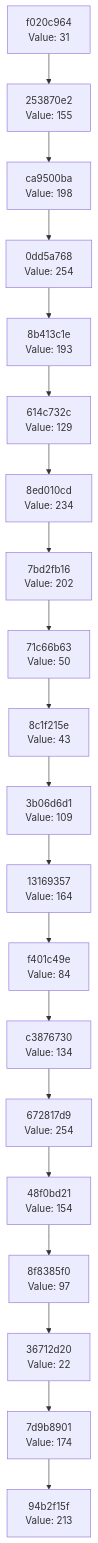
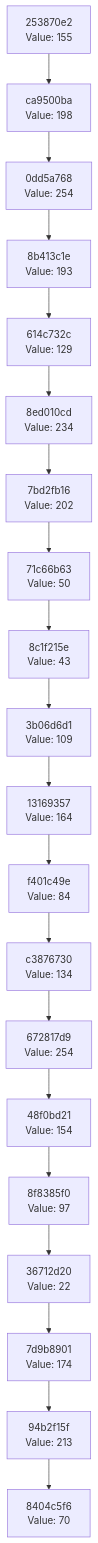
The diagram in docs/CHAIN_VISUALIZATION.md (Abhisheksinha1506/hash-chain-evolver), drawn with Mermaid before and after one commit. The commit also changed 3 other files, not shown here.

````diff
--- a/docs/CHAIN_VISUALIZATION.md
+++ b/docs/CHAIN_VISUALIZATION.md
@@ -3,42 +3,42 @@
 ```mermaid
 graph TD
-    C0["94b2f15f<br/>Value: 213"]
-    C1["7d9b8901<br/>Value: 174"]
+    C0["8404c5f6<br/>Value: 70"]
+    C1["94b2f15f<br/>Value: 213"]
     C1 --> C0
-    C2["36712d20<br/>Value: 22"]
+    C2["7d9b8901<br/>Value: 174"]
     C2 --> C1
-    C3["8f8385f0<br/>Value: 97"]
+    C3["36712d20<br/>Value: 22"]
     C3 --> C2
-    C4["48f0bd21<br/>Value: 154"]
+    C4["8f8385f0<br/>Value: 97"]
     C4 --> C3
-    C5["672817d9<br/>Value: 254"]
+    C5["48f0bd21<br/>Value: 154"]
     C5 --> C4
-    C6["c3876730<br/>Value: 134"]
+    C6["672817d9<br/>Value: 254"]
     C6 --> C5
-    C7["f401c49e<br/>Value: 84"]
+    C7["c3876730<br/>Value: 134"]
     C7 --> C6
-    C8["13169357<br/>Value: 164"]
+    C8["f401c49e<br/>Value: 84"]
     C8 --> C7
-    C9["3b06d6d1<br/>Value: 109"]
+    C9["13169357<br/>Value: 164"]
     C9 --> C8
-    C10["8c1f215e<br/>Value: 43"]
+    C10["3b06d6d1<br/>Value: 109"]
     C10 --> C9
-    C11["71c66b63<br/>Value: 50"]
+    C11["8c1f215e<br/>Value: 43"]
     C11 --> C10
-    C12["7bd2fb16<br/>Value: 202"]
+    C12["71c66b63<br/>Value: 50"]
     C12 --> C11
-    C13["8ed010cd<br/>Value: 234"]
+    C13["7bd2fb16<br/>Value: 202"]
     C13 --> C12
-    C14["614c732c<br/>Value: 129"]
+    C14["8ed010cd<br/>Value: 234"]
     C14 --> C13
-    C15["8b413c1e<br/>Value: 193"]
+    C15["614c732c<br/>Value: 129"]
     C15 --> C14
-    C16["0dd5a768<br/>Value: 254"]
+    C16["8b413c1e<br/>Value: 193"]
     C16 --> C15
-    C17["ca9500ba<br/>Value: 198"]
+    C17["0dd5a768<br/>Value: 254"]
     C17 --> C16
-    C18["253870e2<br/>Value: 155"]
+    C18["ca9500ba<br/>Value: 198"]
     C18 --> C17
-    C19["f020c964<br/>Value: 31"]
+    C19["253870e2<br/>Value: 155"]
     C19 --> C18
 ```
````
